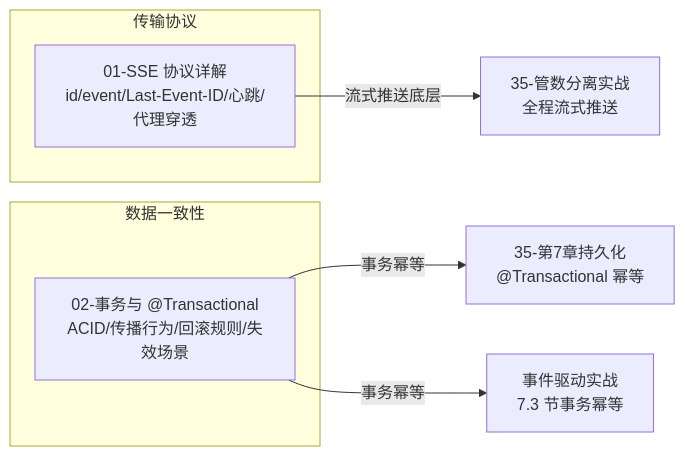
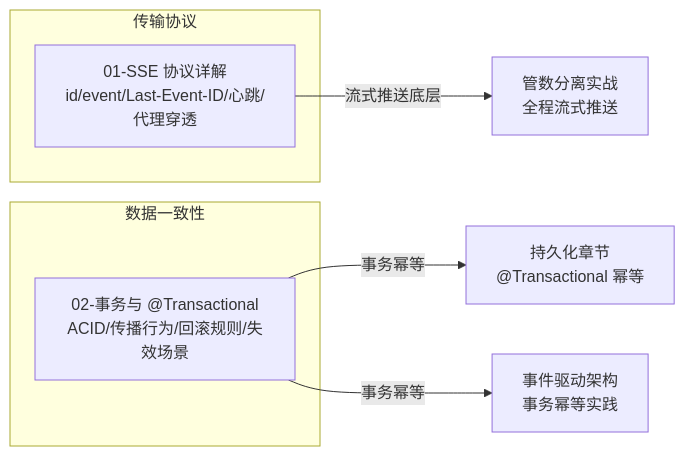
One commit to UranusGit/java-agent-learn changed the diagram in docs/附录/协议与数据库/README.md. Above: the diagram before and after it, drawn with Mermaid. The commit also changed other lines of this file and 184 other files, not shown here.

````diff
--- a/docs/附录/协议与数据库/README.md
+++ b/docs/附录/协议与数据库/README.md
@@ -14,12 +14,12 @@
 ```mermaid
 flowchart LR
     subgraph PROTO[传输协议]
         SSE["01-SSE 协议详解<br/>id/event/Last-Event-ID/心跳/代理穿透"]
     end
     subgraph TX[数据一致性]
         TXN["02-事务与 @Transactional<br/>ACID/传播行为/回滚规则/失效场景"]
     end
-    SSE -->|"流式推送底层"| DOC35["35-管数分离实战<br/>全程流式推送"]
-    TXN -->|"事务幂等"| PERSIST["35-第7章持久化<br/>@Transactional 幂等"]
-    TXN -->|"事务幂等"| EVT["事件驱动实战<br/>7.3 节事务幂等"]
+    SSE -->|"流式推送底层"| DOC35["管数分离实战<br/>全程流式推送"]
+    TXN -->|"事务幂等"| PERSIST["持久化章节<br/>@Transactional 幂等"]
+    TXN -->|"事务幂等"| EVT["事件驱动架构<br/>事务幂等实践"]
 ```
````
